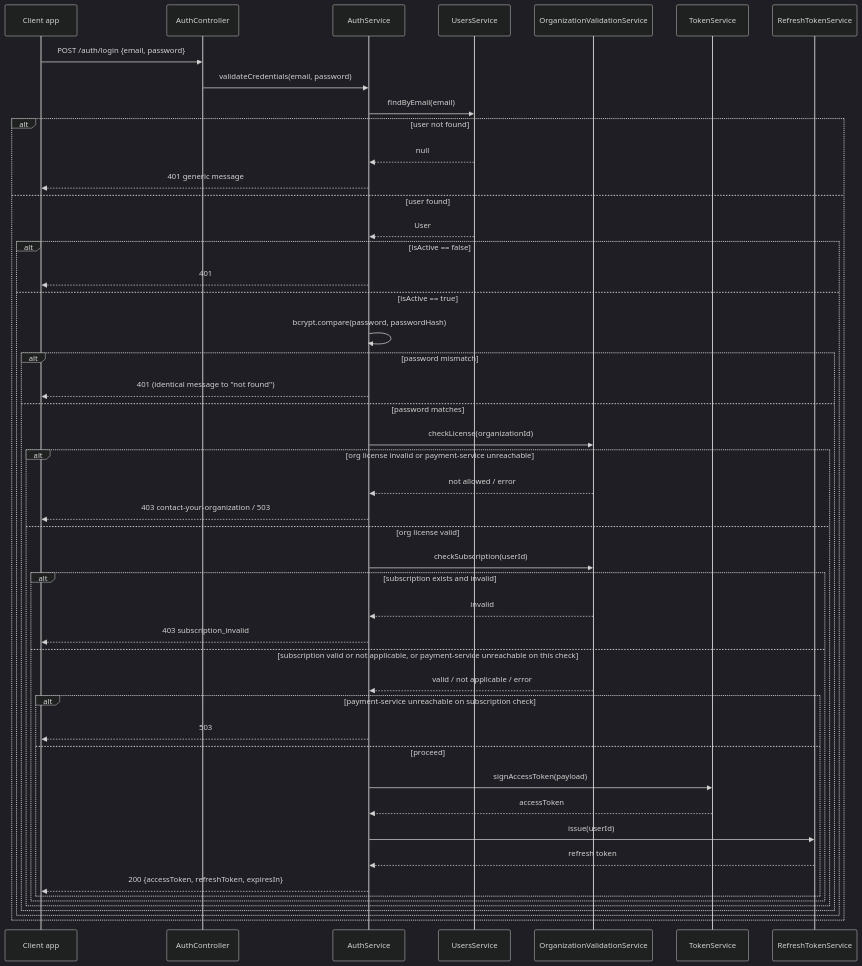
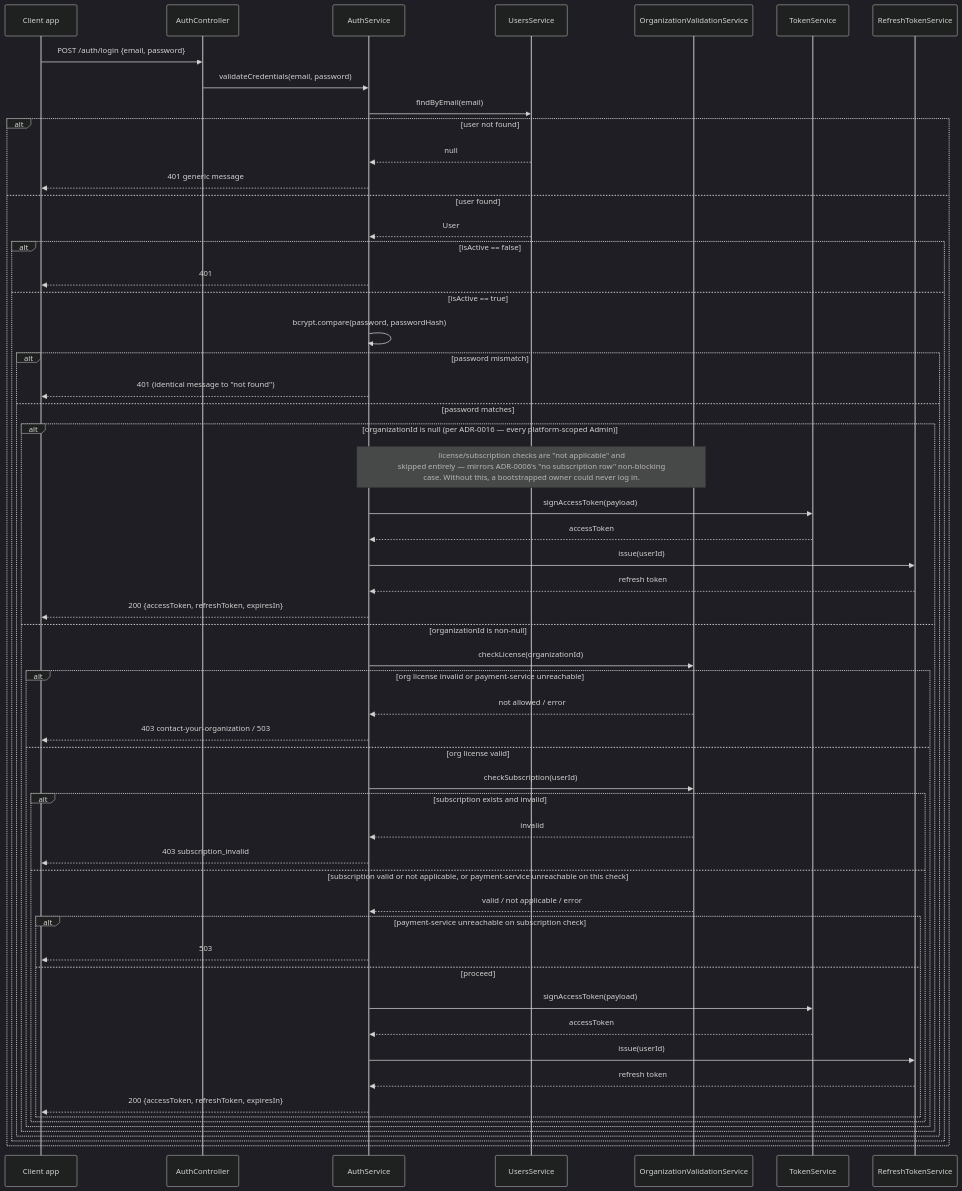
Before and after one commit to nawara-solutions/nawara-core: the sixth of 17 diagrams in docs/sdd/auth-service.md, drawn with Mermaid (dark theme). The commit also changed other lines of this file and 6 other files, not shown here.

First line of the commit message:
docs(auth-service): add owner-bootstrap ADR and fix admin design gaps

````diff
--- a/docs/sdd/auth-service.md
+++ b/docs/sdd/auth-service.md
@@ -1102,51 +1130,60 @@
 ```mermaid
 sequenceDiagram
     participant App as Client app
     participant AC as AuthController
     participant AS as AuthService
     participant US as UsersService
     participant OVS as OrganizationValidationService
     participant TS as TokenService
     participant RTS as RefreshTokenService
 
     App->>AC: POST /auth/login {email, password}
     AC->>AS: validateCredentials(email, password)
     AS->>US: findByEmail(email)
     alt user not found
         US-->>AS: null
         AS-->>App: 401 generic message
     else user found
         US-->>AS: User
         alt isActive == false
             AS-->>App: 401
         else isActive == true
             AS->>AS: bcrypt.compare(password, passwordHash)
             alt password mismatch
                 AS-->>App: 401 (identical message to "not found")
             else password matches
-                AS->>OVS: checkLicense(organizationId)
-                alt org license invalid or payment-service unreachable
-                    OVS-->>AS: not allowed / error
-                    AS-->>App: 403 contact-your-organization / 503
-                else org license valid
-                    AS->>OVS: checkSubscription(userId)
-                    alt subscription exists and invalid
-                        OVS-->>AS: invalid
-                        AS-->>App: 403 subscription_invalid
-                    else subscription valid or not applicable, or payment-service unreachable on this check
-                        OVS-->>AS: valid / not applicable / error
-                        alt payment-service unreachable on subscription check
-                            AS-->>App: 503
-                        else proceed
-                            AS->>TS: signAccessToken(payload)
-                            TS-->>AS: accessToken
-                            AS->>RTS: issue(userId)
-                            RTS-->>AS: refresh token
-                            AS-->>App: 200 {accessToken, refreshToken, expiresIn}
+                alt organizationId is null (per ADR-0016 — every platform-scoped Admin)
+                    Note over AS,OVS: license/subscription checks are "not applicable" and<br/>skipped entirely — mirrors ADR-0006's "no subscription row" non-blocking<br/>case. Without this, a bootstrapped owner could never log in.
+                    AS->>TS: signAccessToken(payload)
+                    TS-->>AS: accessToken
+                    AS->>RTS: issue(userId)
+                    RTS-->>AS: refresh token
+                    AS-->>App: 200 {accessToken, refreshToken, expiresIn}
+                else organizationId is non-null
+                    AS->>OVS: checkLicense(organizationId)
+                    alt org license invalid or payment-service unreachable
+                        OVS-->>AS: not allowed / error
+                        AS-->>App: 403 contact-your-organization / 503
+                    else org license valid
+                        AS->>OVS: checkSubscription(userId)
+                        alt subscription exists and invalid
+                            OVS-->>AS: invalid
+                            AS-->>App: 403 subscription_invalid
+                        else subscription valid or not applicable, or payment-service unreachable on this check
+                            OVS-->>AS: valid / not applicable / error
+                            alt payment-service unreachable on subscription check
+                                AS-->>App: 503
+                            else proceed
+                                AS->>TS: signAccessToken(payload)
+                                TS-->>AS: accessToken
+                                AS->>RTS: issue(userId)
+                                RTS-->>AS: refresh token
+                                AS-->>App: 200 {accessToken, refreshToken, expiresIn}
+                            end
                         end
                     end
                 end
             end
         end
     end
 ```
````
